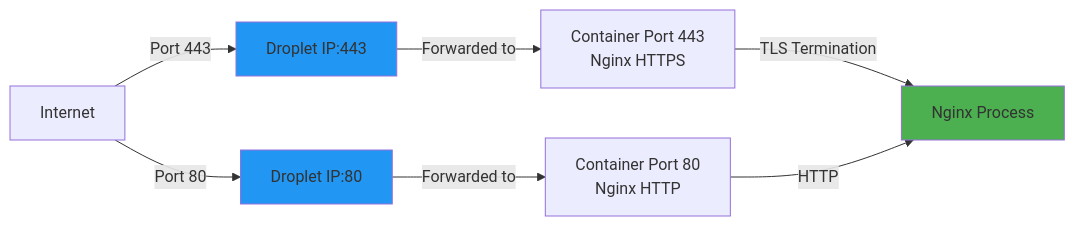
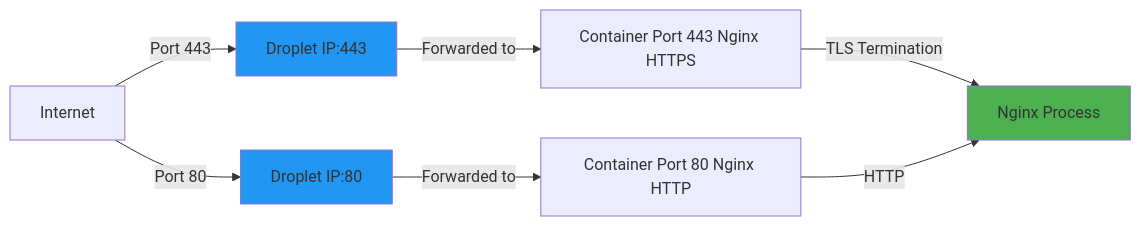
Before and after one commit to softwarewrighter/ssl-proxy-for-do: the fifth of 9 diagrams in wiki/Network-Architecture.md, drawn with Mermaid. The commit also changed other lines of this file and 7 other files, not shown here.

First line of the commit message:
Fix wiki Mermaid diagrams: remove remaining <br/> tags

````diff
--- a/wiki/Network-Architecture.md
+++ b/wiki/Network-Architecture.md
@@ -341,15 +341,15 @@
 ```mermaid
 graph LR
     Internet[Internet] -->|Port 443| HostPort443[Droplet IP:443]
     Internet -->|Port 80| HostPort80[Droplet IP:80]
 
-    HostPort443 -->|Forwarded to| ContainerPort443[Container Port 443<br/>Nginx HTTPS]
-    HostPort80 -->|Forwarded to| ContainerPort80[Container Port 80<br/>Nginx HTTP]
+    HostPort443 -->|Forwarded to| ContainerPort443[Container Port 443 Nginx HTTPS]
+    HostPort80 -->|Forwarded to| ContainerPort80[Container Port 80 Nginx HTTP]
 
     ContainerPort443 -->|TLS Termination| Nginx[Nginx Process]
     ContainerPort80 -->|HTTP| Nginx
 
     style HostPort443 fill:#2196F3
     style HostPort80 fill:#2196F3
     style Nginx fill:#4CAF50
 ```
````
